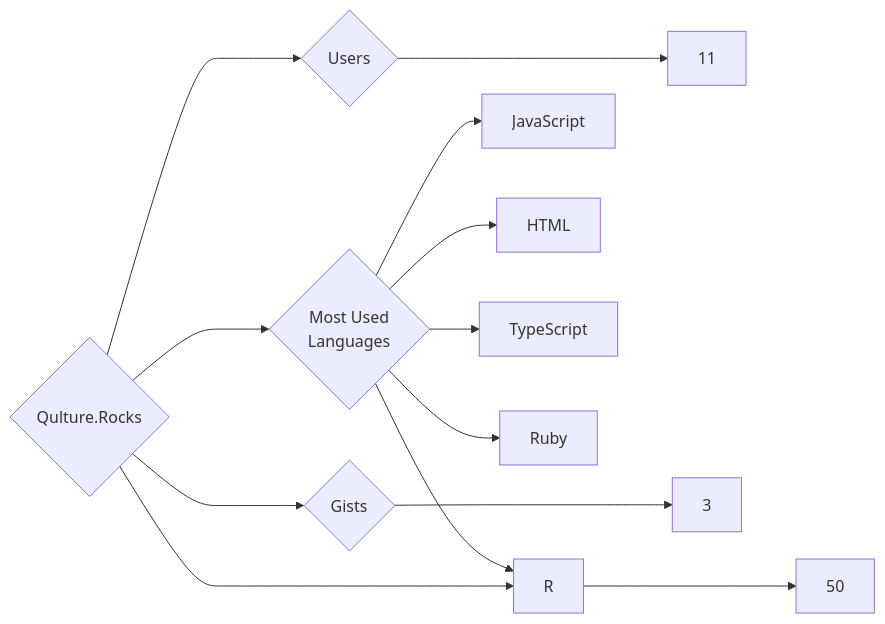
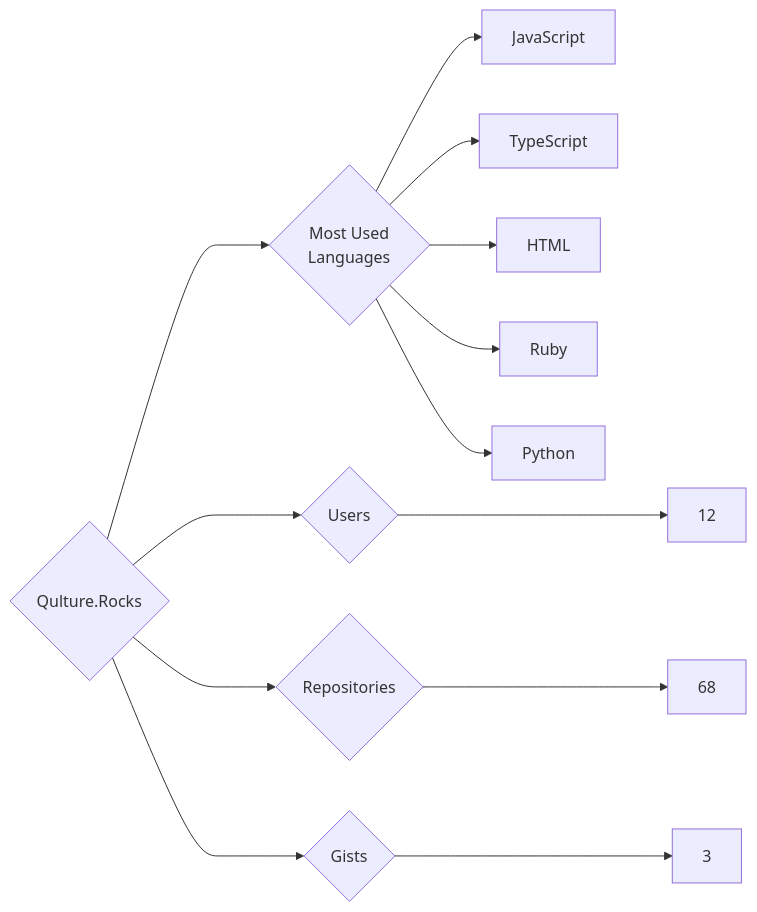
Before and after one commit to trickest/insiders: the diagram in targets/Qulture.Rocks/README.md, drawn with Mermaid. The commit also changed 1248 other files, not shown here.

````diff
--- a/targets/Qulture.Rocks/README.md
+++ b/targets/Qulture.Rocks/README.md
@@ -3,13 +3,13 @@
 ```mermaid
 graph LR
 COMPANY_NAME{Qulture.Rocks}
-COMPANY_NAME ---> U{Users} ---> UN[11]
-COMPANY_NAME ---> R{Repositories} ---> RN[50]
+COMPANY_NAME ---> U{Users} ---> UN[12]
+COMPANY_NAME ---> R{Repositories} ---> RN[68]
 COMPANY_NAME ---> G{Gists} ---> GN[3]
 COMPANY_NAME ---> ML{Most Used<br>Languages}
 ML --> JavaScript[JavaScript]
+ML --> TypeScript[TypeScript]
 ML --> HTML[HTML]
-ML --> TypeScript[TypeScript]
 ML --> Ruby[Ruby]
-ML --> R[R]
+ML --> Python[Python]
 ```
````
